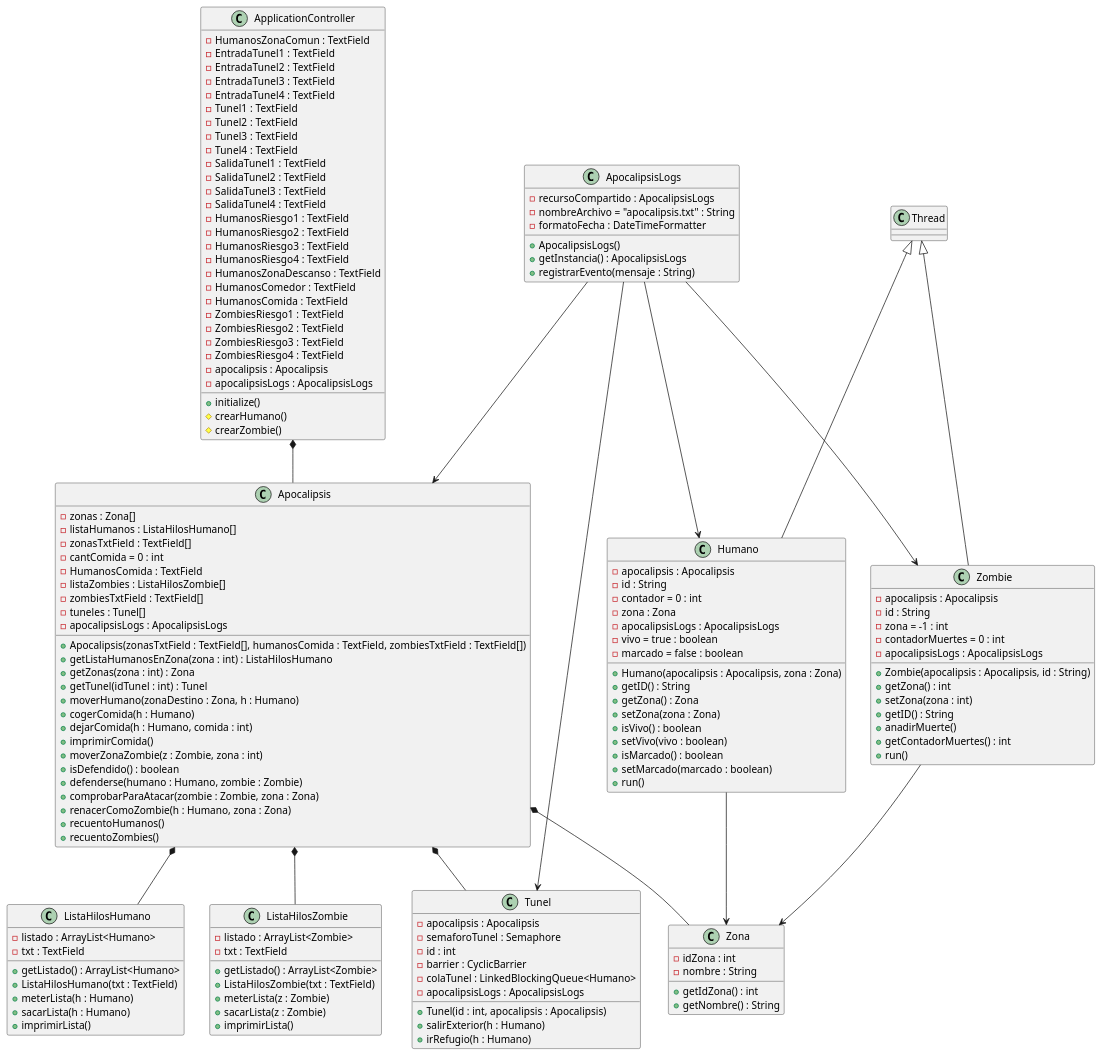
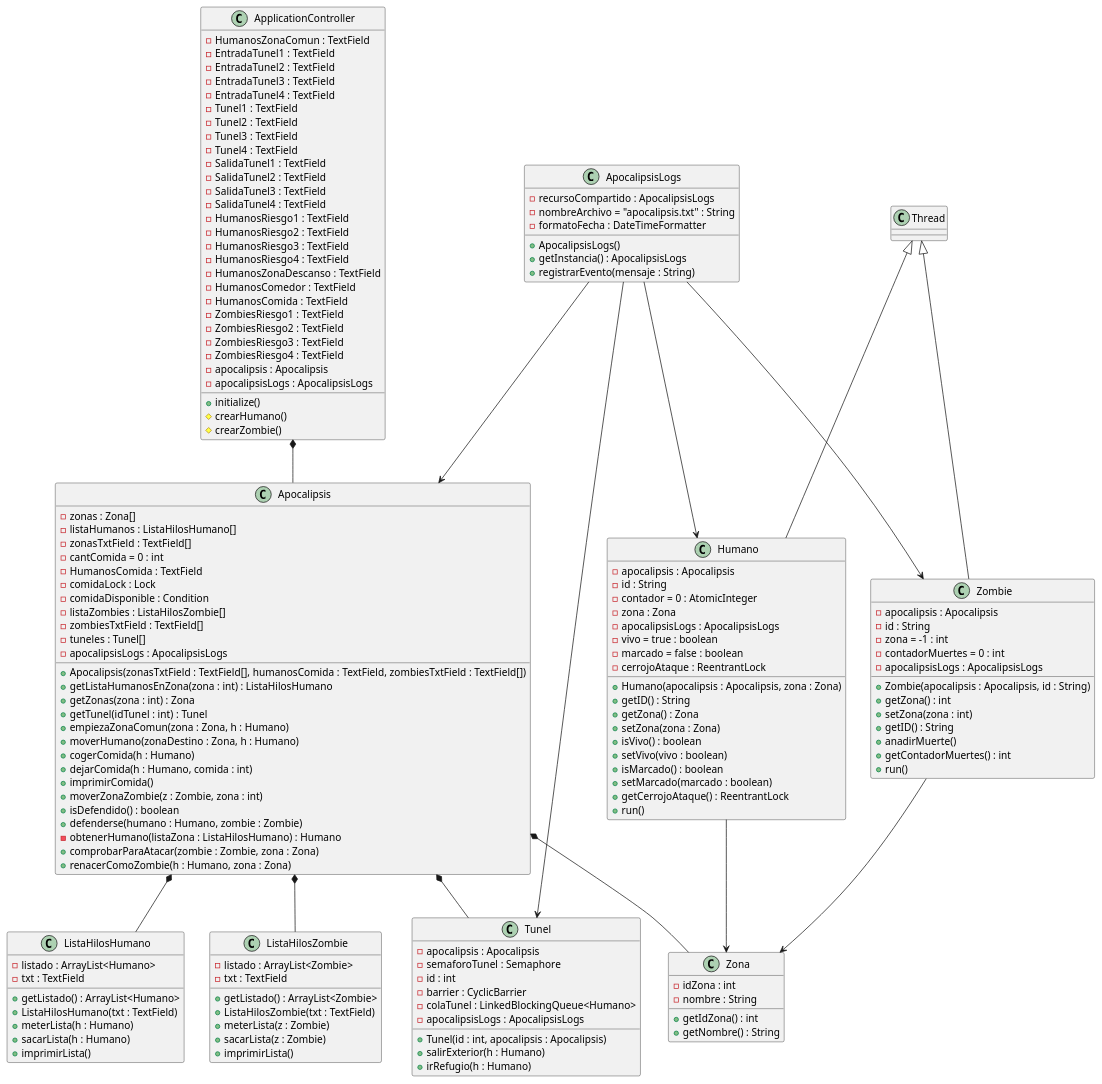
The diagram in DiagramaDeClases.puml (candelasanzm/PECL_CandelaSanz_Maria), drawn with PlantUML before and after one commit. The commit also changed 2 other files, not shown here.

```diff
--- a/DiagramaDeClases.puml
+++ b/DiagramaDeClases.puml
@@ -1,169 +1,173 @@
 @startuml
 'https://plantuml.com/class-diagram
 
 class Apocalipsis
 class ApocalipsisLogs
 class ApplicationController
 class Humano
 class ListaHilosHumano
 class ListaHilosZombie
 class Tunel
 class Zombie
 class Zona
 
 class Zona{
 -idZona : int
 -nombre : String
 +getIdZona() : int
 +getNombre() : String
 }
 
 class ListaHilosHumano{
 -listado : ArrayList<Humano>
 -txt : TextField
 +getListado() : ArrayList<Humano>
 +ListaHilosHumano(txt : TextField)
 +meterLista(h : Humano)
 +sacarLista(h : Humano)
 +imprimirLista()
 }
 
 class ListaHilosZombie{
 -listado : ArrayList<Zombie>
 -txt : TextField
 +getListado() : ArrayList<Zombie>
 +ListaHilosZombie(txt : TextField)
 +meterLista(z : Zombie)
 +sacarLista(z : Zombie)
 +imprimirLista()
 }
 
 class Tunel{
 -apocalipsis : Apocalipsis
 -semaforoTunel : Semaphore
 -id : int
 -barrier : CyclicBarrier
 -colaTunel : LinkedBlockingQueue<Humano>
 -apocalipsisLogs : ApocalipsisLogs
 +Tunel(id : int, apocalipsis : Apocalipsis)
 +salirExterior(h : Humano)
 +irRefugio(h : Humano)
 }
 
 class Apocalipsis{
 -zonas : Zona[]
 -listaHumanos : ListaHilosHumano[]
 -zonasTxtField : TextField[]
 -cantComida = 0 : int
 -HumanosComida : TextField
+-comidaLock : Lock
+-comidaDisponible : Condition
 -listaZombies : ListaHilosZombie[]
 -zombiesTxtField : TextField[]
 -tuneles : Tunel[]
 -apocalipsisLogs : ApocalipsisLogs
 
 +Apocalipsis(zonasTxtField : TextField[], humanosComida : TextField, zombiesTxtField : TextField[])
 +getListaHumanosEnZona(zona : int) : ListaHilosHumano
 +getZonas(zona : int) : Zona
 +getTunel(idTunel : int) : Tunel
++empiezaZonaComun(zona : Zona, h : Humano)
 +moverHumano(zonaDestino : Zona, h : Humano)
 +cogerComida(h : Humano)
 +dejarComida(h : Humano, comida : int)
 +imprimirComida()
 +moverZonaZombie(z : Zombie, zona : int)
 +isDefendido() : boolean
 +defenderse(humano : Humano, zombie : Zombie)
+-obtenerHumano(listaZona : ListaHilosHumano) : Humano
 +comprobarParaAtacar(zombie : Zombie, zona : Zona)
 +renacerComoZombie(h : Humano, zona : Zona)
-+recuentoHumanos()
-+recuentoZombies()
 }
 
 class Humano extends Thread {
 -apocalipsis : Apocalipsis
 -id : String
--contador = 0 : int
+-contador = 0 : AtomicInteger
 -zona : Zona
 -apocalipsisLogs : ApocalipsisLogs
 -vivo = true : boolean
 -marcado = false : boolean
+-cerrojoAtaque : ReentrantLock
 +Humano(apocalipsis : Apocalipsis, zona : Zona)
 +getID() : String
 +getZona() : Zona
 +setZona(zona : Zona)
 +isVivo() : boolean
 +setVivo(vivo : boolean)
 +isMarcado() : boolean
 +setMarcado(marcado : boolean)
++getCerrojoAtaque() : ReentrantLock
 +run()
 }
 
 class Zombie extends Thread{
 -apocalipsis : Apocalipsis
 -id : String
 -zona = -1 : int
 -contadorMuertes = 0 : int
 -apocalipsisLogs : ApocalipsisLogs
 +Zombie(apocalipsis : Apocalipsis, id : String)
 +getZona() : int
 +setZona(zona : int)
 +getID() : String
 +anadirMuerte()
 +getContadorMuertes() : int
 +run()
 }
 
 class ApocalipsisLogs{
 -recursoCompartido : ApocalipsisLogs
 -nombreArchivo = "apocalipsis.txt" : String
 -formatoFecha : DateTimeFormatter
 +ApocalipsisLogs()
 +getInstancia() : ApocalipsisLogs
 +registrarEvento(mensaje : String)
 }
 
 class ApplicationController{
 -HumanosZonaComun : TextField
 -EntradaTunel1 : TextField
 -EntradaTunel2 : TextField
 -EntradaTunel3 : TextField
 -EntradaTunel4 : TextField
 -Tunel1 : TextField
 -Tunel2 : TextField
 -Tunel3 : TextField
 -Tunel4 : TextField
 -SalidaTunel1 : TextField
 -SalidaTunel2 : TextField
 -SalidaTunel3 : TextField
 -SalidaTunel4 : TextField
 -HumanosRiesgo1 : TextField
 -HumanosRiesgo2 : TextField
 -HumanosRiesgo3 : TextField
 -HumanosRiesgo4 : TextField
 -HumanosZonaDescanso : TextField
 -HumanosComedor : TextField
 -HumanosComida : TextField
 -ZombiesRiesgo1 : TextField
 -ZombiesRiesgo2 : TextField
 -ZombiesRiesgo3 : TextField
 -ZombiesRiesgo4 : TextField
 -apocalipsis : Apocalipsis
 -apocalipsisLogs : ApocalipsisLogs
 +initialize()
 #crearHumano()
 #crearZombie()
 }
 
 Apocalipsis *-- Zona
 Apocalipsis *-- ListaHilosHumano
 Apocalipsis *-- ListaHilosZombie
 Apocalipsis *-- Tunel
 Humano --> Zona
 Zombie --> Zona
 ApplicationController *-- Apocalipsis
 ApocalipsisLogs --> Apocalipsis
 ApocalipsisLogs --> Humano
 ApocalipsisLogs --> Zombie
 ApocalipsisLogs --> Tunel
 
 
 @enduml
```
